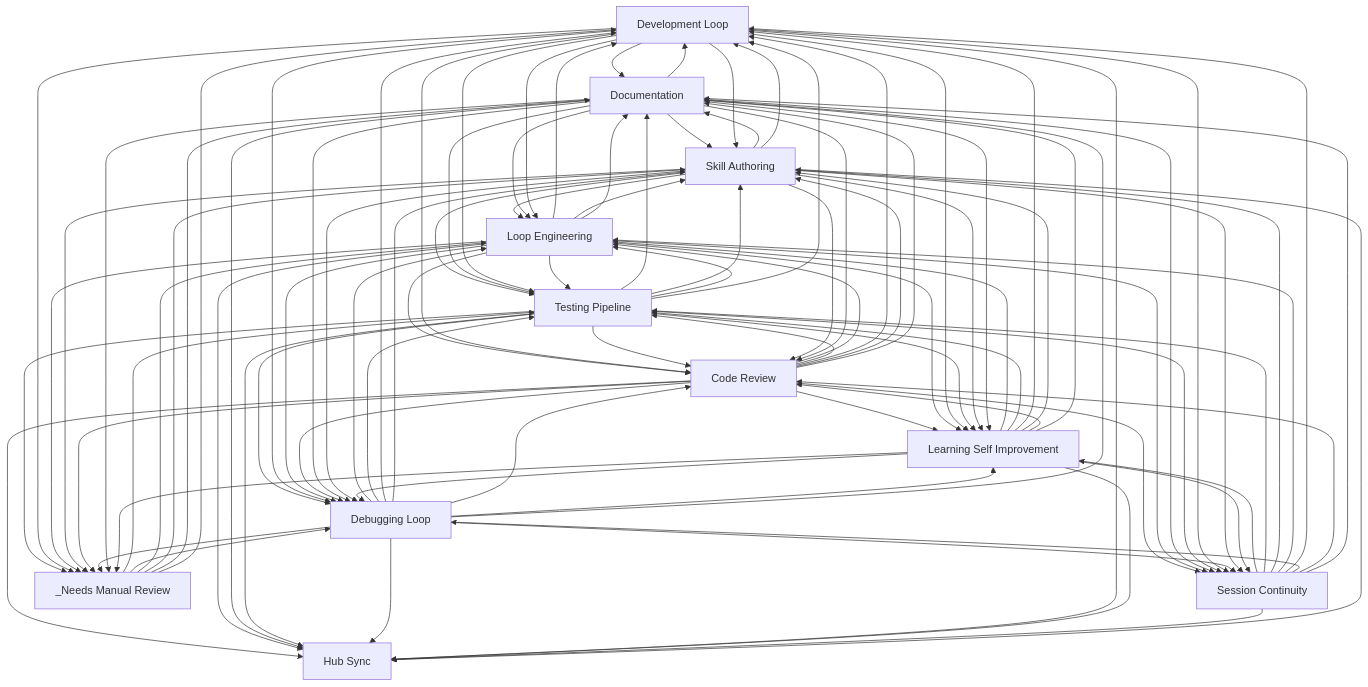
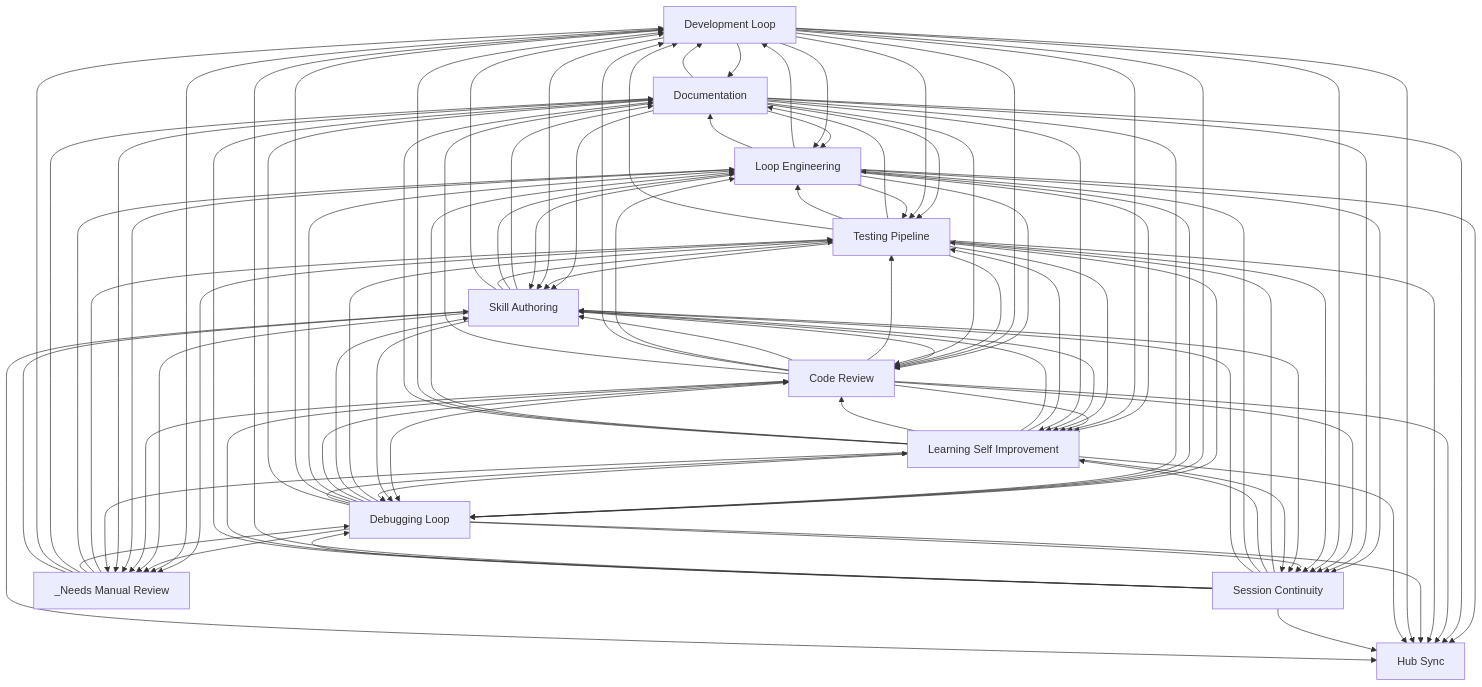
One commit to abhayla/claude-best-practices changed the diagram in docs/workflows/INDEX.md. Above: the diagram before and after it, drawn with Mermaid. The commit also changed other lines of this file and 46 other files, not shown here.

````diff
--- a/docs/workflows/INDEX.md
+++ b/docs/workflows/INDEX.md
@@ -33,99 +33,99 @@
     documentation[Documentation]
     hub_sync[Hub Sync]
     _needs_manual_review[_Needs Manual Review]
-    skill_authoring --> documentation
     testing_pipeline --> documentation
     development_loop --> documentation
+    skill_authoring --> documentation
+    documentation --> loop_engineering
+    documentation --> testing_pipeline
+    documentation --> skill_authoring
+    testing_pipeline --> loop_engineering
+    testing_pipeline --> skill_authoring
+    development_loop --> loop_engineering
+    development_loop --> testing_pipeline
+    development_loop --> skill_authoring
     skill_authoring --> loop_engineering
     skill_authoring --> testing_pipeline
-    documentation --> skill_authoring
-    documentation --> loop_engineering
-    documentation --> testing_pipeline
-    testing_pipeline --> skill_authoring
-    testing_pipeline --> loop_engineering
-    development_loop --> skill_authoring
-    development_loop --> loop_engineering
-    development_loop --> testing_pipeline
-    code_review --> loop_engineering
-    code_review --> testing_pipeline
-    code_review --> development_loop
-    code_review --> skill_authoring
     loop_engineering --> testing_pipeline
-    loop_engineering --> development_loop
     loop_engineering --> skill_authoring
     loop_engineering --> code_review
+    loop_engineering --> development_loop
     development_loop --> code_review
-    code_review --> learning_self_improvement
+    code_review --> testing_pipeline
+    code_review --> skill_authoring
+    code_review --> loop_engineering
+    code_review --> development_loop
     loop_engineering --> learning_self_improvement
     development_loop --> learning_self_improvement
+    code_review --> learning_self_improvement
     testing_pipeline --> development_loop
+    testing_pipeline --> debugging_loop
     testing_pipeline --> code_review
-    testing_pipeline --> debugging_loop
-    debugging_loop --> loop_engineering
     debugging_loop --> testing_pipeline
-    debugging_loop --> development_loop
     debugging_loop --> skill_authoring
     debugging_loop --> code_review
+    debugging_loop --> loop_engineering
+    debugging_loop --> development_loop
     development_loop --> debugging_loop
     documentation --> development_loop
     loop_engineering --> debugging_loop
     loop_engineering --> documentation
+    skill_authoring --> development_loop
     skill_authoring --> code_review
-    skill_authoring --> development_loop
     testing_pipeline --> learning_self_improvement
     skill_authoring --> learning_self_improvement
     testing_pipeline --> _needs_manual_review
     development_loop --> _needs_manual_review
+    documentation --> debugging_loop
+    documentation --> code_review
     code_review --> debugging_loop
-    documentation --> code_review
-    documentation --> debugging_loop
+    loop_engineering --> session_continuity
+    loop_engineering --> hub_sync
+    documentation --> learning_self_improvement
+    documentation --> session_continuity
+    documentation --> hub_sync
+    code_review --> documentation
     code_review --> session_continuity
     code_review --> hub_sync
-    code_review --> documentation
-    loop_engineering --> session_continuity
-    loop_engineering --> hub_sync
-    documentation --> session_continuity
-    documentation --> hub_sync
-    documentation --> learning_self_improvement
-    testing_pipeline --> session_continuity
-    testing_pipeline --> hub_sync
+    session_continuity --> testing_pipeline
     session_continuity --> learning_self_improvement
-    session_continuity --> testing_pipeline
     development_loop --> session_continuity
     _needs_manual_review --> testing_pipeline
+    testing_pipeline --> session_continuity
+    debugging_loop --> learning_self_improvement
     debugging_loop --> session_continuity
-    debugging_loop --> learning_self_improvement
+    testing_pipeline --> hub_sync
+    debugging_loop --> documentation
     debugging_loop --> hub_sync
-    debugging_loop --> documentation
     development_loop --> hub_sync
     skill_authoring --> session_continuity
     skill_authoring --> debugging_loop
+    _needs_manual_review --> loop_engineering
     _needs_manual_review --> debugging_loop
-    _needs_manual_review --> loop_engineering
-    learning_self_improvement --> loop_engineering
     learning_self_improvement --> testing_pipeline
-    learning_self_improvement --> development_loop
+    learning_self_improvement --> debugging_loop
     learning_self_improvement --> skill_authoring
     learning_self_improvement --> code_review
-    learning_self_improvement --> debugging_loop
-    loop_engineering --> _needs_manual_review
+    learning_self_improvement --> loop_engineering
+    learning_self_improvement --> development_loop
+    debugging_loop --> _needs_manual_review
     skill_authoring --> _needs_manual_review
     code_review --> _needs_manual_review
-    debugging_loop --> _needs_manual_review
-    _needs_manual_review --> skill_authoring
+    loop_engineering --> _needs_manual_review
     _needs_manual_review --> documentation
     _needs_manual_review --> development_loop
+    _needs_manual_review --> skill_authoring
     learning_self_improvement --> session_continuity
     documentation --> _needs_manual_review
+    session_continuity --> loop_engineering
     session_continuity --> skill_authoring
-    session_continuity --> loop_engineering
+    learning_self_improvement --> documentation
     learning_self_improvement --> hub_sync
-    learning_self_improvement --> documentation
     session_continuity --> development_loop
     session_continuity --> debugging_loop
-    session_continuity --> hub_sync
     session_continuity --> code_review
     session_continuity --> documentation
+    session_continuity --> hub_sync
     skill_authoring --> hub_sync
     learning_self_improvement --> _needs_manual_review
 ```
````
